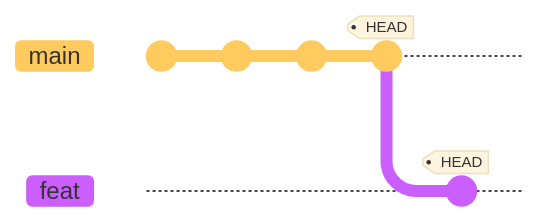
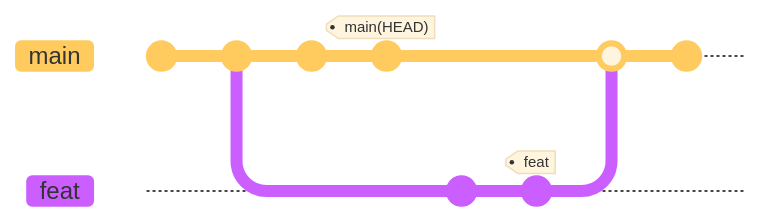
Before and after one commit to wdyjwdy/blog-mono: diagram 13 of 13 in apps/blog/pages/docs/git/basic.mdx, drawn with Mermaid. The commit also changed other lines of this file, not shown here. Commit ids are hidden.

````diff
--- a/apps/blog/pages/docs/git/basic.mdx
+++ b/apps/blog/pages/docs/git/basic.mdx
@@ -112,11 +121,16 @@
 ```mermaid
 %%{init: { 'theme': 'base'}}%%
 gitGraph
   commit
   commit
+  branch feat
+  checkout main
   commit
-  commit tag: "HEAD"
-  branch feat
+  commit tag: "main(HEAD)"
   checkout feat
-  commit tag: "HEAD"
+  commit
+  commit tag: "feat"
+  checkout main
+  merge feat
+  commit
 ```
````
